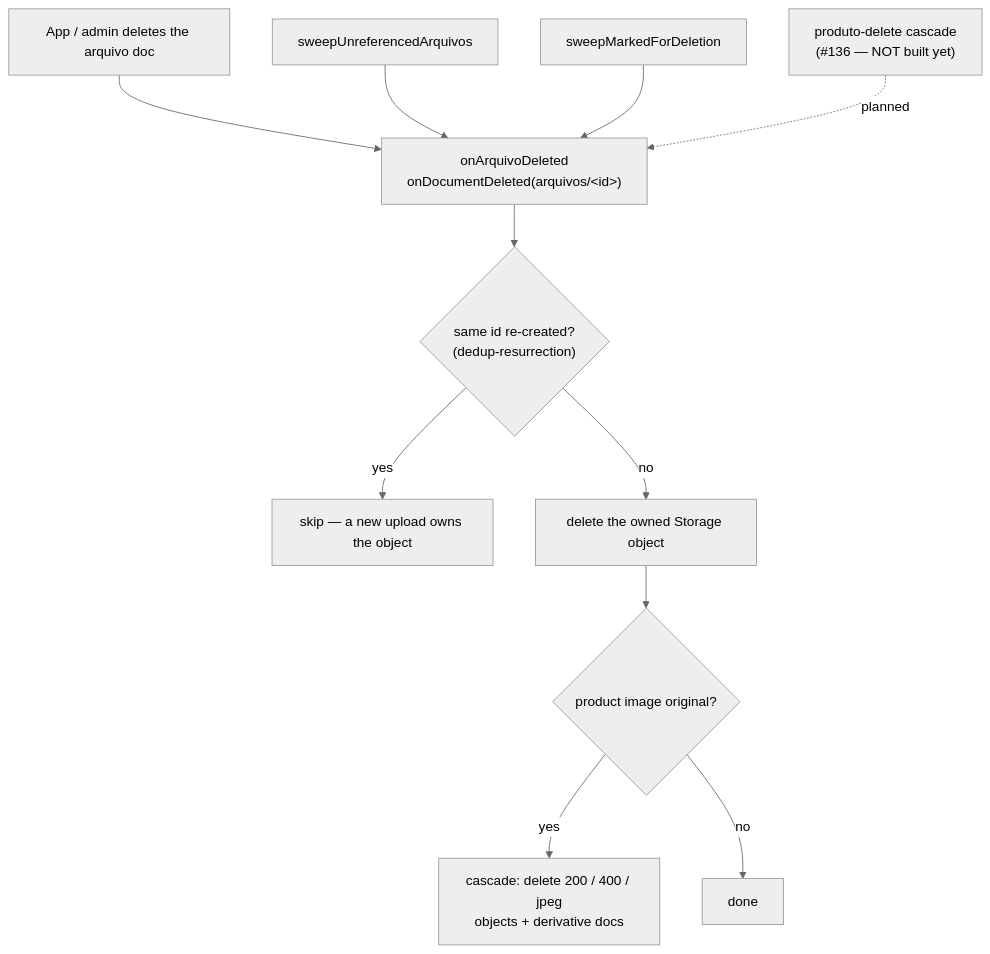
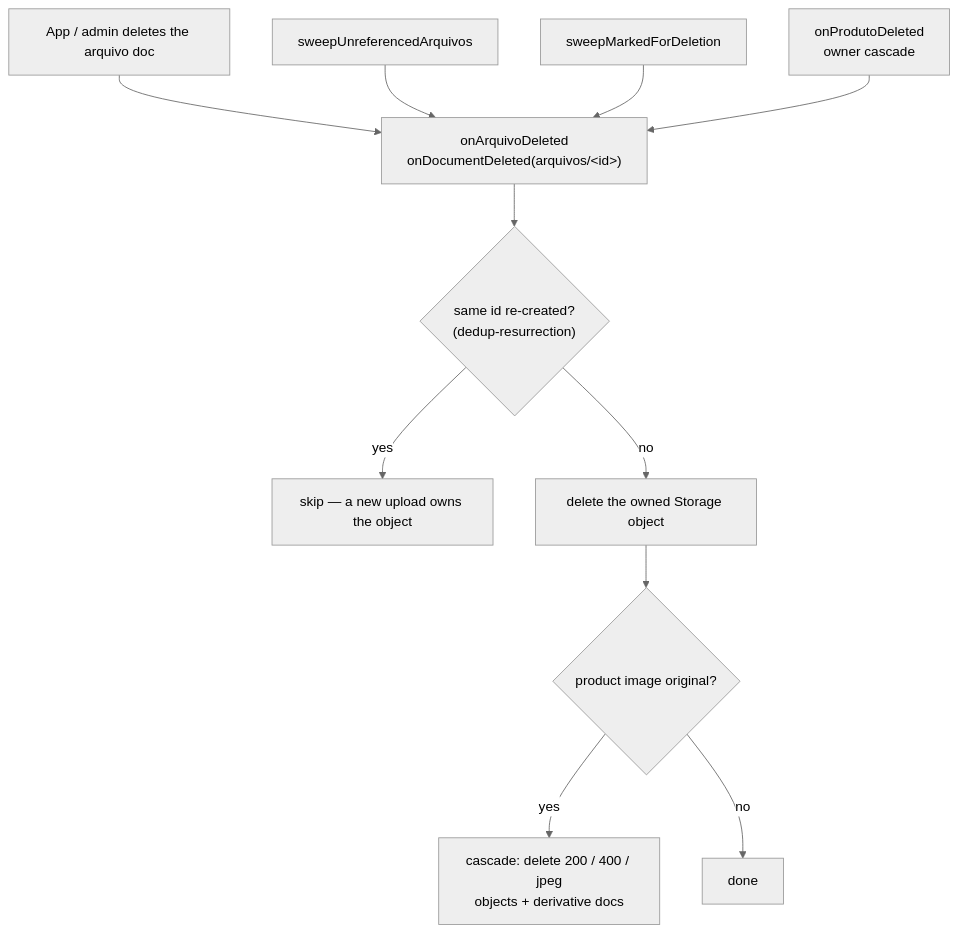
The fifth of 5 diagrams in apps/docs/src/content/docs/architecture/arquivo-lifecycle.md (Hinten/next_erp), drawn with Mermaid (neutral theme) before and after one commit. The commit also changed other lines of this file and 35 other files, not shown here.

````diff
--- a/apps/docs/src/content/docs/architecture/arquivo-lifecycle.md
+++ b/apps/docs/src/content/docs/architecture/arquivo-lifecycle.md
@@ -208,20 +226,20 @@
 ```mermaid
 flowchart TD
     T1[App / admin deletes the arquivo doc]
     T2[sweepUnreferencedArquivos]
     T4[sweepMarkedForDeletion]
-    T3["produto-delete cascade<br/>(#136 — NOT built yet)"]
+    T3["onProdutoDeleted<br/>owner cascade"]
 
     T1 --> OAD
     T2 --> OAD
     T4 --> OAD
-    T3 -. planned .-> OAD
+    T3 --> OAD
 
     OAD["onArquivoDeleted<br/>onDocumentDeleted(arquivos/&lt;id&gt;)"]
     OAD --> G{"same id re-created?<br/>(dedup-resurrection)"}
     G -->|yes| Skip[skip — a new upload owns the object]
     G -->|no| DelObj[delete the owned Storage object]
     DelObj --> Orig{product image original?}
     Orig -->|yes| Casc["cascade: delete 200 / 400 / jpeg<br/>objects + derivative docs"]
     Orig -->|no| Done[done]
 ```
````
